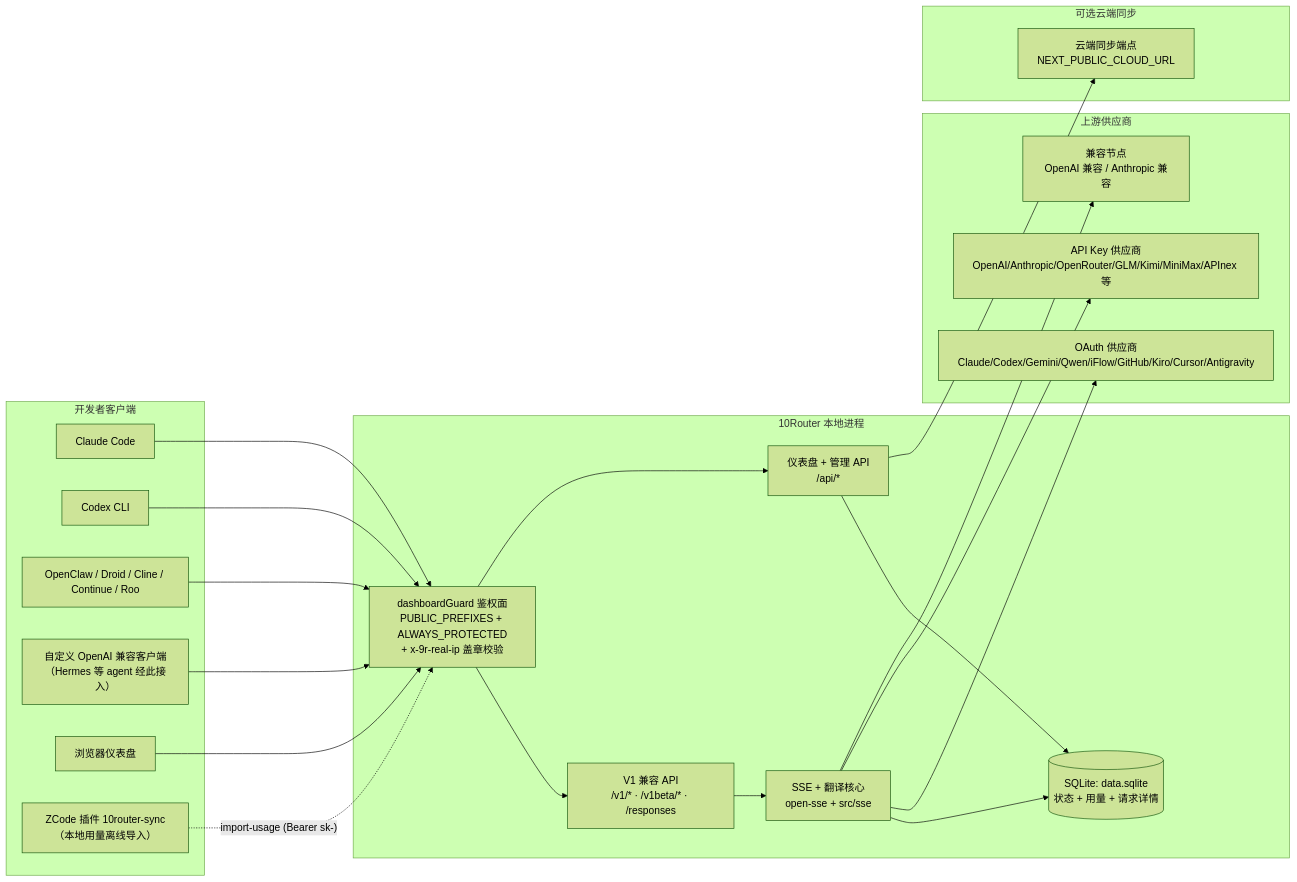
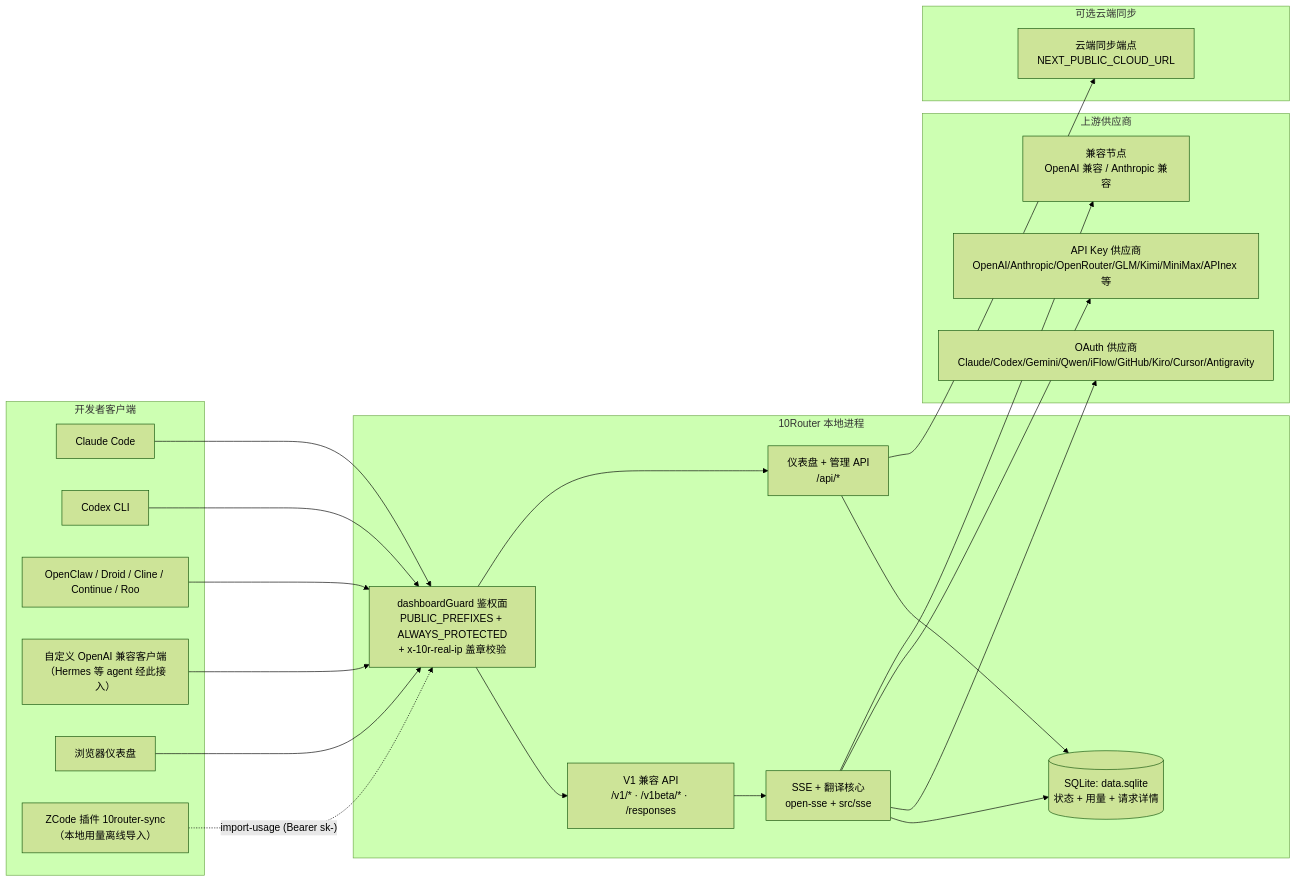
One commit to Xerctan/10router changed the first of 7 diagrams in docs/zh-CN/ARCHITECTURE.md. Above: the diagram before and after it, drawn with Mermaid (forest theme). The commit also changed other lines of this file and 3 other files, not shown here.

````diff
--- a/docs/zh-CN/ARCHITECTURE.md
+++ b/docs/zh-CN/ARCHITECTURE.md
@@ -44,48 +44,48 @@
 ```mermaid
 flowchart LR
     subgraph Clients[开发者客户端]
         C1[Claude Code]
         C2[Codex CLI]
         C3["OpenClaw / Droid / Cline / Continue / Roo"]
         C4["自定义 OpenAI 兼容客户端（Hermes 等 agent 经此接入）"]
         BROWSER[浏览器仪表盘]
         ZP["ZCode 插件 10router-sync（本地用量离线导入）"]
     end
 
     subgraph Router["10Router 本地进程"]
-        GUARD["dashboardGuard 鉴权面<br/>PUBLIC_PREFIXES + ALWAYS_PROTECTED<br/>+ x-9r-real-ip 盖章校验"]
+        GUARD["dashboardGuard 鉴权面<br/>PUBLIC_PREFIXES + ALWAYS_PROTECTED<br/>+ x-10r-real-ip 盖章校验"]
         API["V1 兼容 API<br/>/v1/* · /v1beta/* · /responses"]
         DASH["仪表盘 + 管理 API<br/>/api/*"]
         CORE["SSE + 翻译核心<br/>open-sse + src/sse"]
         DB[("SQLite: data.sqlite<br/>状态 + 用量 + 请求详情")]
     end
 
     subgraph Upstreams["上游供应商"]
         P1["OAuth 供应商<br/>Claude/Codex/Gemini/Qwen/iFlow/GitHub/Kiro/Cursor/Antigravity"]
         P2["API Key 供应商<br/>OpenAI/Anthropic/OpenRouter/GLM/Kimi/MiniMax/APInex 等"]
         P3["兼容节点<br/>OpenAI 兼容 / Anthropic 兼容"]
     end
 
     subgraph Cloud["可选云端同步"]
         CLOUD["云端同步端点<br/>NEXT_PUBLIC_CLOUD_URL"]
     end
 
     C1 --> GUARD
     C2 --> GUARD
     C3 --> GUARD
     C4 --> GUARD
     ZP -. "import-usage (Bearer sk-)" .-> GUARD
     BROWSER --> GUARD
 
     GUARD --> API
     GUARD --> DASH
     API --> CORE
     DASH --> DB
     CORE --> DB
 
     CORE --> P1
     CORE --> P2
     CORE --> P3
 
     DASH --> CLOUD
 ```
````
